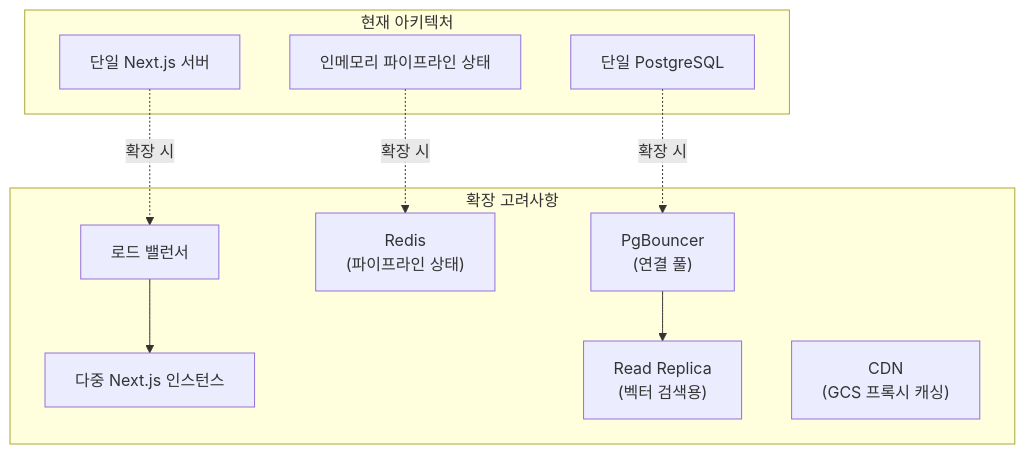
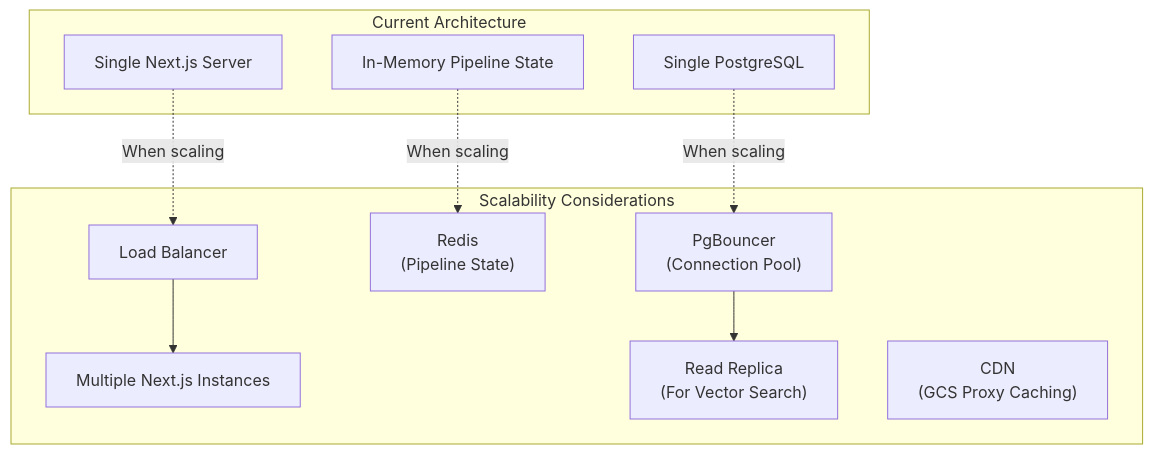
The diagram in docs/ko/DEPLOYMENT.md (midasol/gemini-embedding-2), drawn with Mermaid before and after one commit. The commit also changed other lines of this file and 17 other files, not shown here.

````diff
--- a/docs/ko/DEPLOYMENT.md
+++ b/docs/ko/DEPLOYMENT.md
@@ -326,23 +326,23 @@
 ```mermaid
 graph TB
-    subgraph Current["현재 아키텍처"]
-        SingleServer["단일 Next.js 서버"]
-        InMemoryState["인메모리 파이프라인 상태"]
-        SingleDB["단일 PostgreSQL"]
+    subgraph Current["Current Architecture"]
+        SingleServer["Single Next.js Server"]
+        InMemoryState["In-Memory Pipeline State"]
+        SingleDB["Single PostgreSQL"]
     end
 
-    subgraph Scalable["확장 고려사항"]
-        LB["로드 밸런서"]
-        MultiServer["다중 Next.js 인스턴스"]
-        Redis["Redis<br/>(파이프라인 상태)"]
-        PGPool["PgBouncer<br/>(연결 풀)"]
-        ReadReplica["Read Replica<br/>(벡터 검색용)"]
-        CDN["CDN<br/>(GCS 프록시 캐싱)"]
+    subgraph Scalable["Scalability Considerations"]
+        LB["Load Balancer"]
+        MultiServer["Multiple Next.js Instances"]
+        Redis["Redis<br/>(Pipeline State)"]
+        PGPool["PgBouncer<br/>(Connection Pool)"]
+        ReadReplica["Read Replica<br/>(For Vector Search)"]
+        CDN["CDN<br/>(GCS Proxy Caching)"]
     end
 
-    SingleServer -.->|"확장 시"| LB
+    SingleServer -.->|"When scaling"| LB
     LB --> MultiServer
-    InMemoryState -.->|"확장 시"| Redis
-    SingleDB -.->|"확장 시"| PGPool
+    InMemoryState -.->|"When scaling"| Redis
+    SingleDB -.->|"When scaling"| PGPool
     PGPool --> ReadReplica
 ```
````
